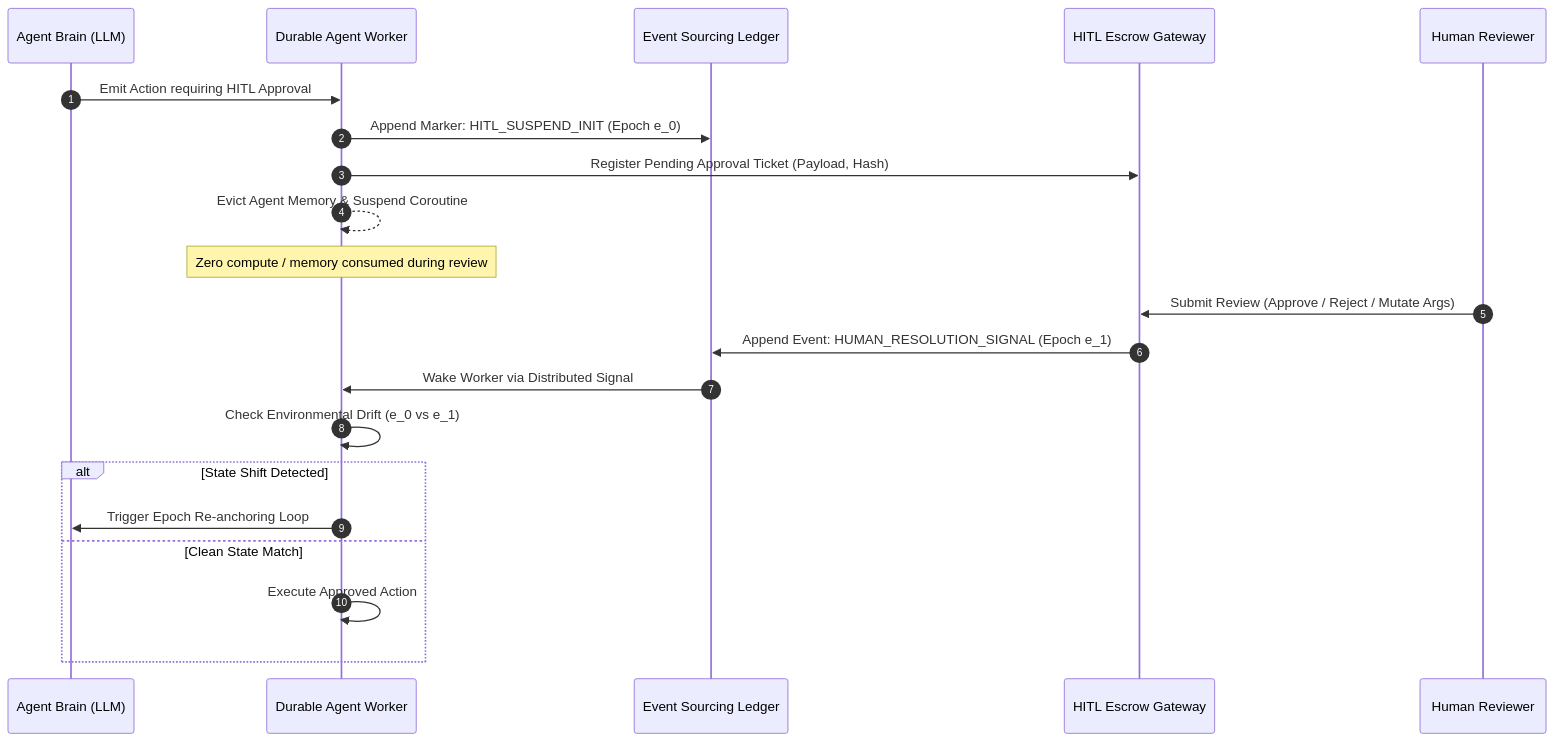
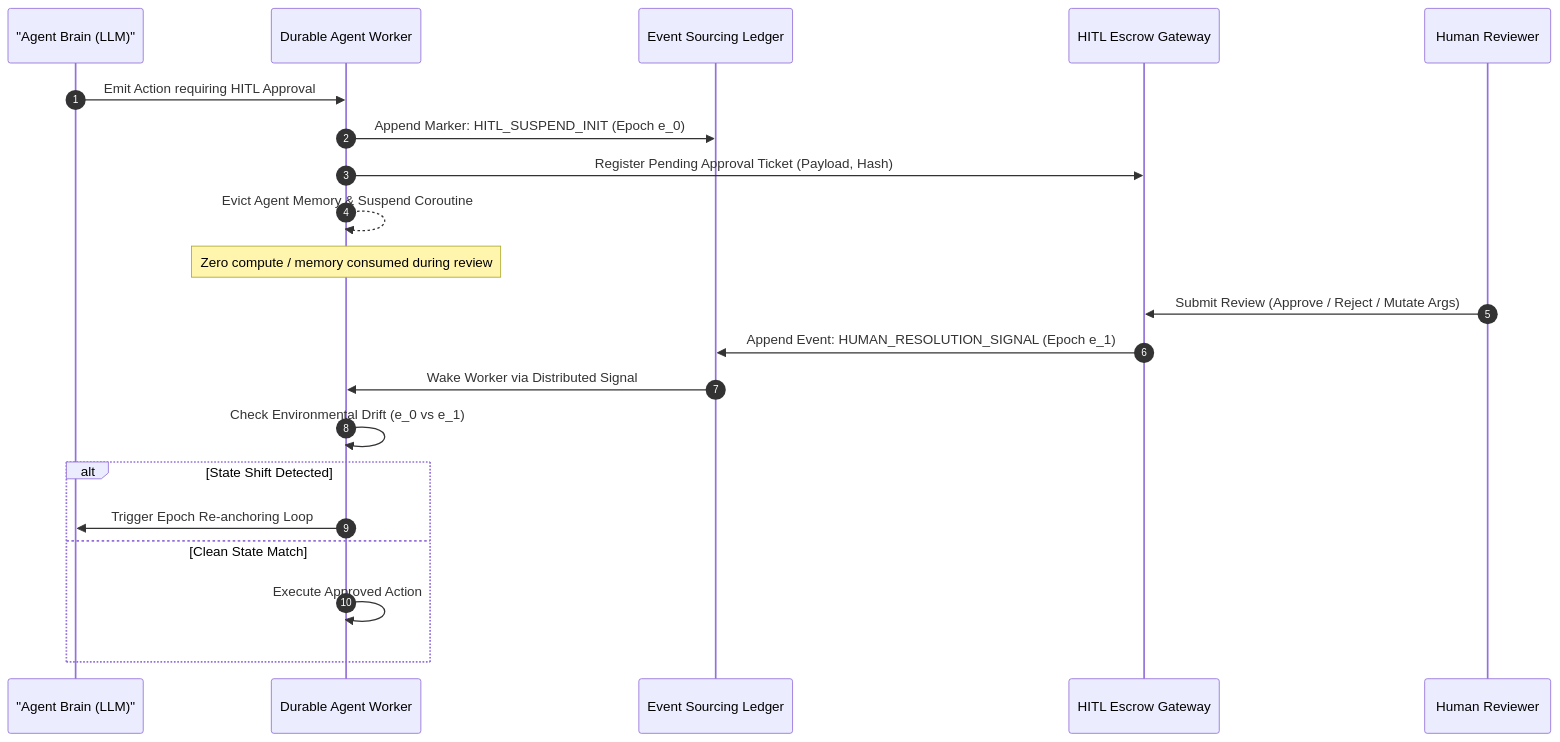
Before and after one commit to prethiv/Agentic-AI-Case-studies: the first of 2 diagrams in case-studies/19-async-hitl-distributed-durable-suspension/README.md, drawn with Mermaid. The commit also changed 12 other files, not shown here.

Commit message:
fix(mermaid): resolve syntax errors under Mermaid 11.17.2 and add diagram integrity unit tests

````diff
--- a/case-studies/19-async-hitl-distributed-durable-suspension/README.md
+++ b/case-studies/19-async-hitl-distributed-durable-suspension/README.md
@@ -41,24 +41,24 @@
 ```mermaid
 sequenceDiagram
     autonumber
-    participant LLM as Agent Brain (LLM)
+    participant LLM as "Agent Brain (LLM)"
     participant Worker as Durable Agent Worker
     participant Ledger as Event Sourcing Ledger
     participant Gateway as HITL Escrow Gateway
     participant Human as Human Reviewer
 
     LLM->>Worker: Emit Action requiring HITL Approval
     Worker->>Ledger: Append Marker: HITL_SUSPEND_INIT (Epoch e_0)
     Worker->>Gateway: Register Pending Approval Ticket (Payload, Hash)
     Worker-->>Worker: Evict Agent Memory & Suspend Coroutine
     Note over Worker: Zero compute / memory consumed during review
     Human->>Gateway: Submit Review (Approve / Reject / Mutate Args)
     Gateway->>Ledger: Append Event: HUMAN_RESOLUTION_SIGNAL (Epoch e_1)
     Ledger->>Worker: Wake Worker via Distributed Signal
     Worker->>Worker: Check Environmental Drift (e_0 vs e_1)
     alt State Shift Detected
         Worker->>LLM: Trigger Epoch Re-anchoring Loop
     else Clean State Match
         Worker->>Worker: Execute Approved Action
     end
 ```
````
